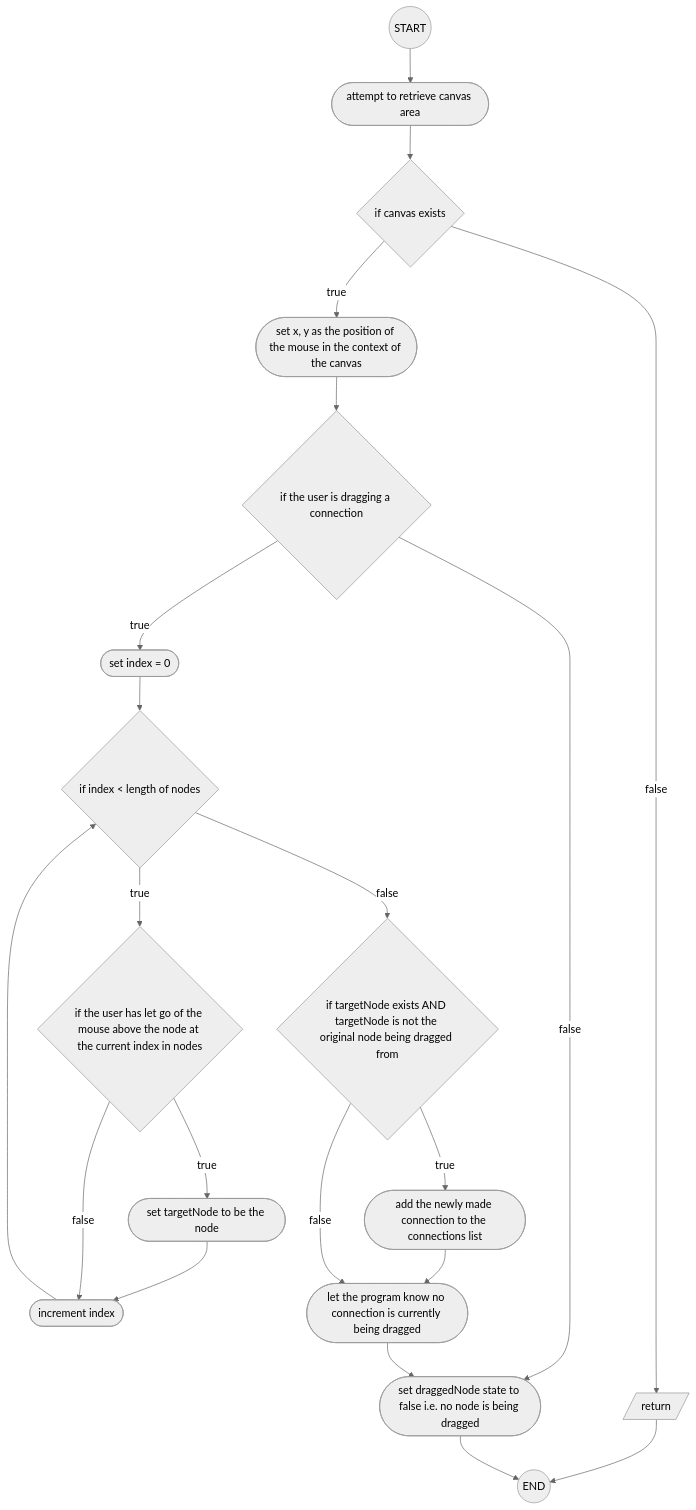
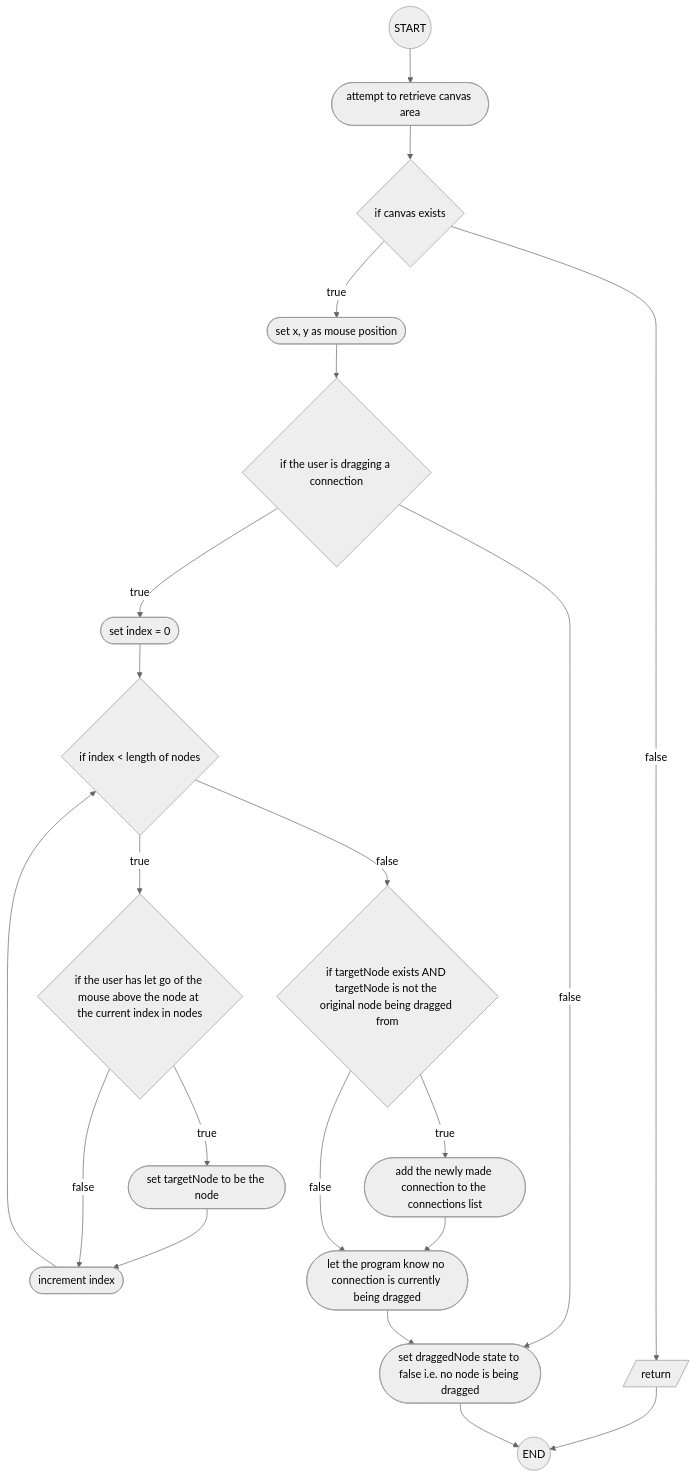
Diagram 21 of 23 in writeup/3 - Design/3.2 - Design Part II/3.2.1-algorithms.md (samcalthrop/NodePad), drawn with Mermaid (neutral theme) before and after one commit. The commit also changed other lines of this file and 19 other files, not shown here.

````diff
--- a/writeup/3 - Design/3.2 - Design Part II/3.2.1-algorithms.md
+++ b/writeup/3 - Design/3.2 - Design Part II/3.2.1-algorithms.md
@@ -1331,26 +1331,26 @@
 ```mermaid
 
 flowchart TD
 
 A((START)) --> B([attempt to retrieve canvas area])
 B --> C{if canvas exists}
 C --> |false| D[/return/]
 D --> Z((END))
-C --> |true| E([set x, y as the position of the mouse in the context of the canvas])
+C --> |true| E([set x, y as mouse position])
 E --> F{if the user is dragging a connection}
 F --> |false| G([set draggedNode state to false i.e. no node is being dragged])
 G --> Z
 F --> |true| I([set index = 0])
 I --> J{if index < length of nodes}
 J --> |true| K{if the user has let go of the mouse above the node at the current index in nodes}
 K --> |true| L([set targetNode to be the node])
 L --> M([increment index])
 M --> J
 K --> |false| M
 J --> |false| N{if targetNode exists AND targetNode is not the original node being dragged from}
 N --> |true| O([add the newly made connection to the connections list])
 O --> P([let the program know no connection is currently being dragged])
 N --> |false| P
 P --> G
 
 ```
````
